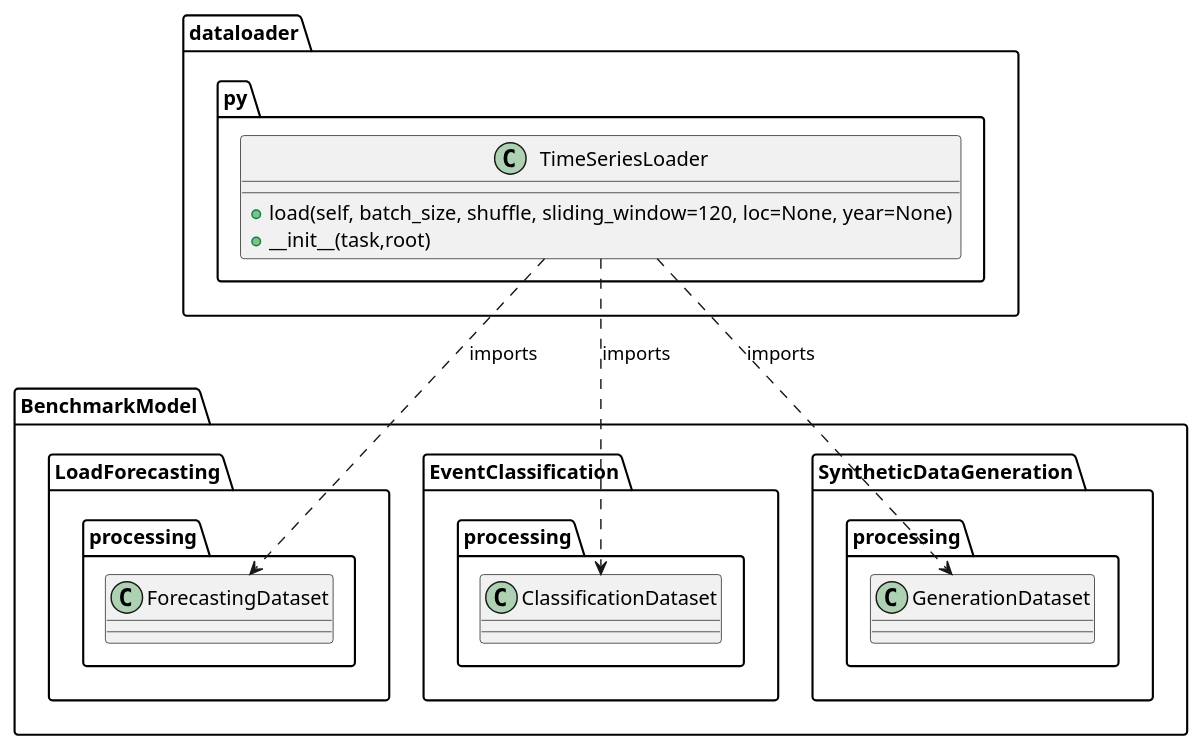
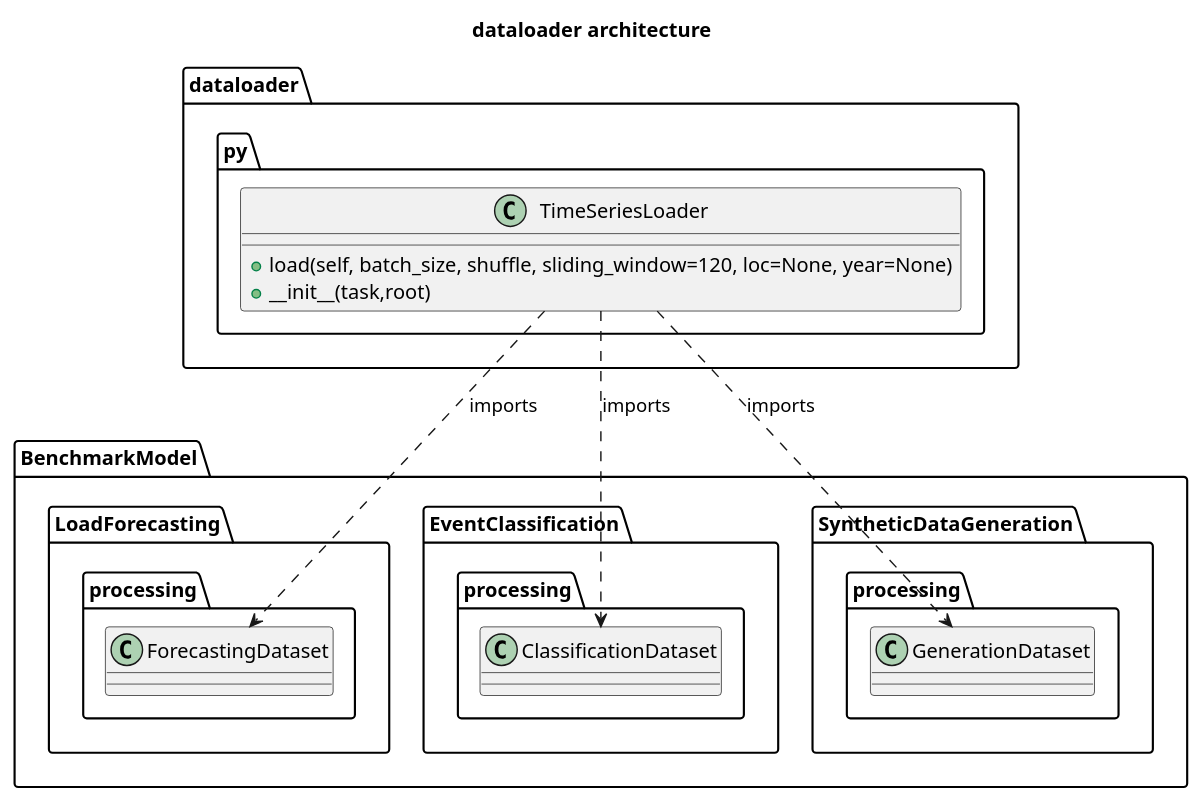
The diagram in diagrams/architecture.puml (lukas-luekte-ds/thesis_lf_cnn), drawn with PlantUML before and after one commit. The commit also changed 2 other files, not shown here.

```diff
--- a/diagrams/architecture.puml
+++ b/diagrams/architecture.puml
@@ -1,23 +1,24 @@
-@startuml
+@startuml name architecture
+title dataloader architecture
 
 package "BenchmarkModel.LoadForecasting.processing" {
     class ForecastingDataset
 }
 package "BenchmarkModel.EventClassification.processing" {
     class ClassificationDataset
 }
 package "BenchmarkModel.SyntheticDataGeneration.processing" {
     class GenerationDataset
 }
 package "dataloader.py" {
     class TimeSeriesLoader {
         +load(self, batch_size, shuffle, sliding_window=120, loc=None, year=None)
         +__init__(task,root)
     }
 }
 
 TimeSeriesLoader ..> ForecastingDataset : imports
 TimeSeriesLoader ..> ClassificationDataset : imports
 TimeSeriesLoader ..> GenerationDataset : imports
 
 @enduml
```
